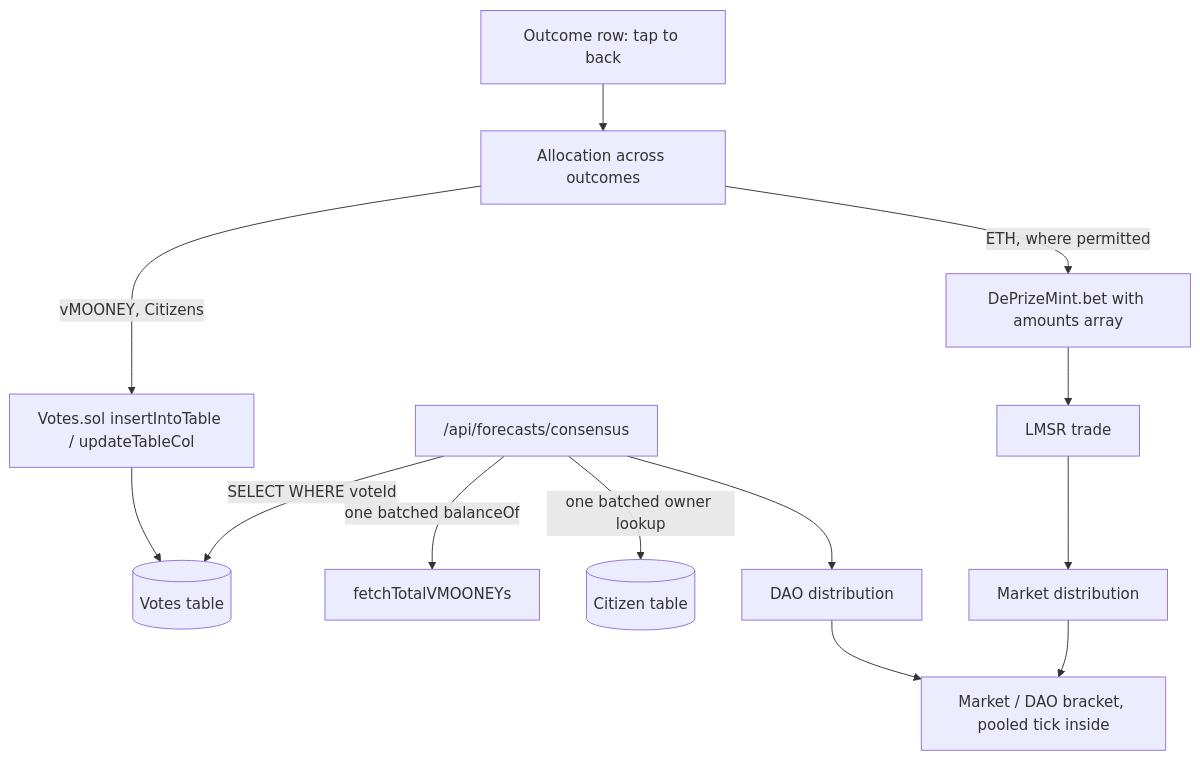
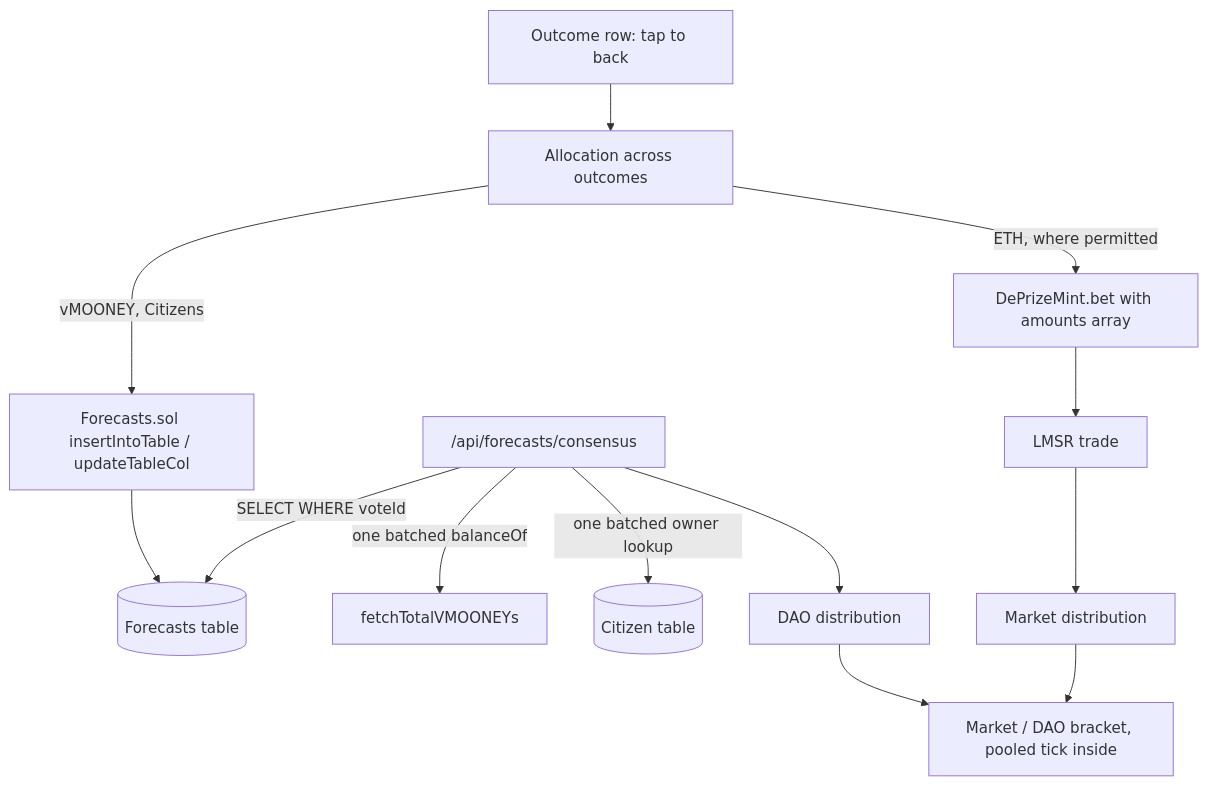
One commit to Official-MoonDao/MoonDAO changed the diagram in docs/plans/deprize-prediction-consensus.md. Above: the diagram before and after it, drawn with Mermaid. The commit also changed other lines of this file and 13 other files, not shown here.

First line of the commit message:
feat(deprize): Votes-shaped Forecasts.sol with a timestamp

````diff
--- a/docs/plans/deprize-prediction-consensus.md
+++ b/docs/plans/deprize-prediction-consensus.md
@@ -56,15 +56,15 @@
 ```mermaid
 flowchart TD
   Row["Outcome row: tap to back"] --> Alloc["Allocation across outcomes"]
-  Alloc -->|"vMOONEY, Citizens"| Votes["Votes.sol insertIntoTable / updateTableCol"]
+  Alloc -->|"vMOONEY, Citizens"| Forecasts["Forecasts.sol insertIntoTable / updateTableCol"]
   Alloc -->|"ETH, where permitted"| Mint["DePrizeMint.bet with amounts array"]
-  Votes --> VotesTable[("Votes table")]
+  Forecasts --> ForecastsTable[("Forecasts table")]
   Mint --> LMSR["LMSR trade"]
-  Consensus["/api/forecasts/consensus"] -->|"SELECT WHERE voteId"| VotesTable
+  Consensus["/api/forecasts/consensus"] -->|"SELECT WHERE voteId"| ForecastsTable
   Consensus -->|"one batched balanceOf"| Engine["fetchTotalVMOONEYs"]
   Consensus -->|"one batched owner lookup"| CitizenTable[("Citizen table")]
   Consensus --> DAO["DAO distribution"]
   LMSR --> Market["Market distribution"]
   DAO --> Bracket["Market / DAO bracket, pooled tick inside"]
   Market --> Bracket
 ```
````
